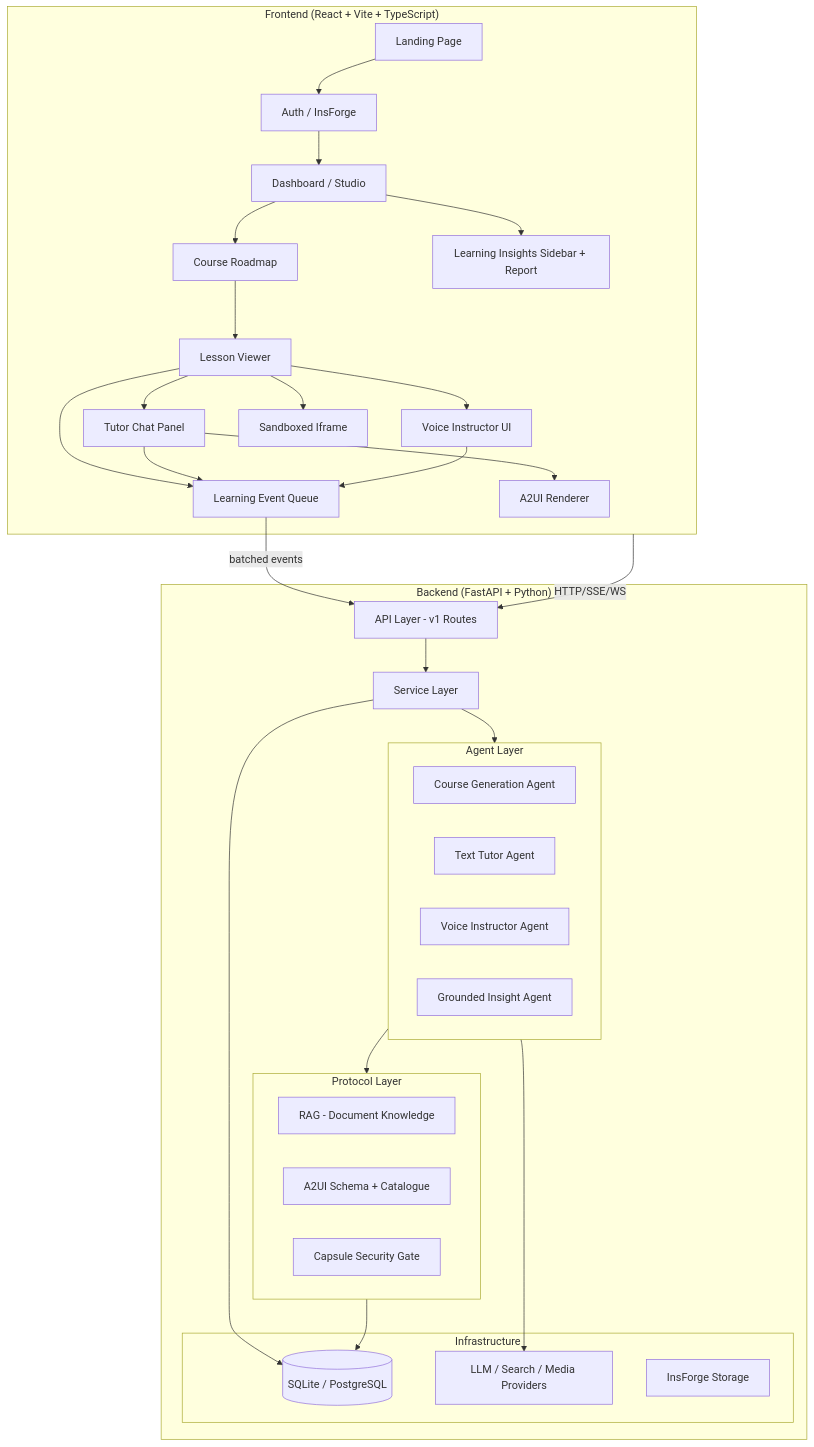
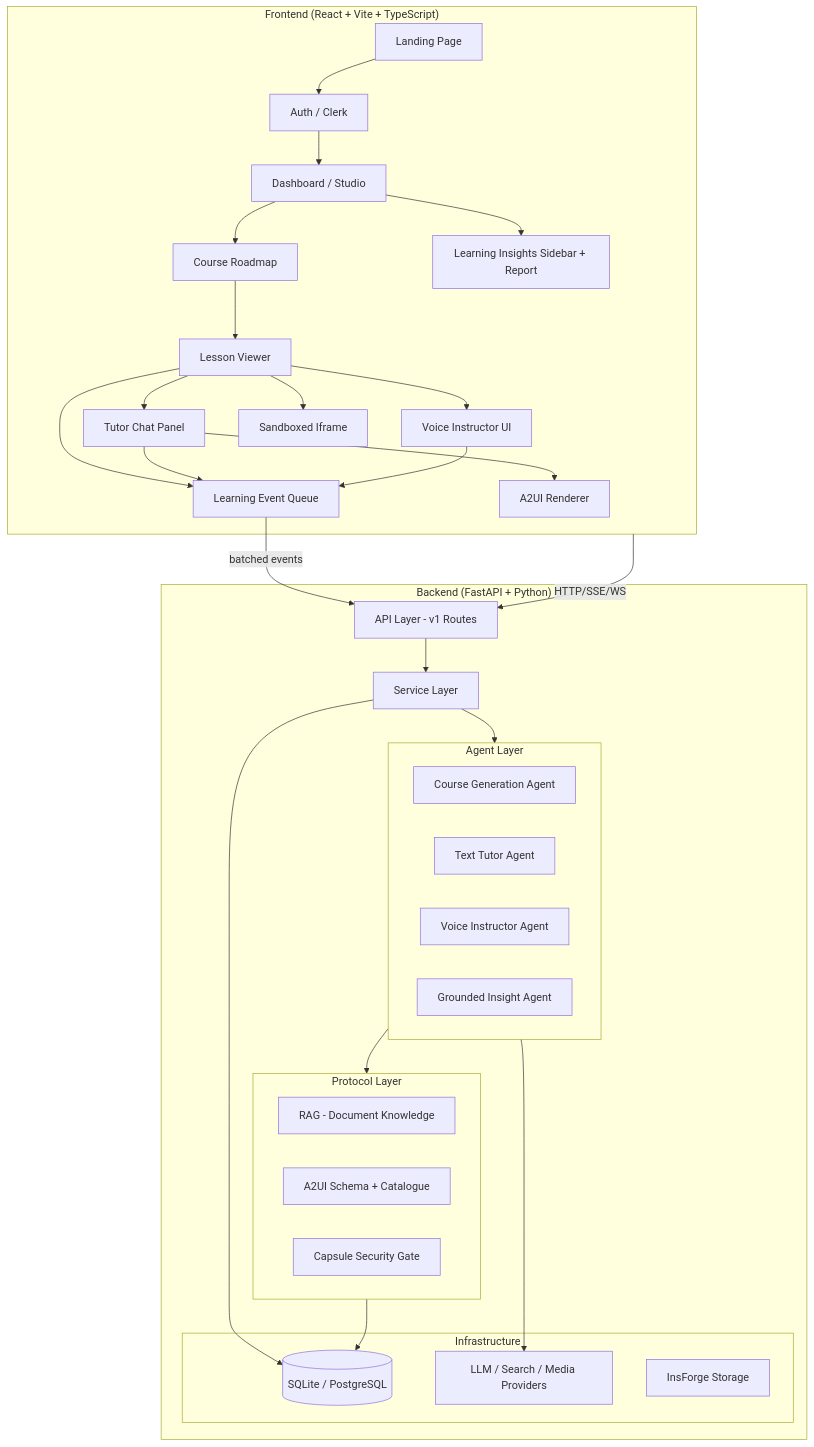
Before and after one commit to ayushozha/hituto: the first of 14 diagrams in README.md, drawn with Mermaid. The commit also changed other lines of this file, not shown here.

````diff
--- a/README.md
+++ b/README.md
@@ -59,62 +59,62 @@
 ```mermaid
 graph TB
     subgraph Frontend ["Frontend (React + Vite + TypeScript)"]
         Landing[Landing Page]
-        Auth[Auth / InsForge]
+        Auth[Auth / Clerk]
         Studio[Dashboard / Studio]
         Roadmap[Course Roadmap]
         Viewer[Lesson Viewer]
         TutorChat[Tutor Chat Panel]
         VoiceUI[Voice Instructor UI]
         InsightsUI[Learning Insights Sidebar + Report]
         EventQueue[Learning Event Queue]
         A2UIR[A2UI Renderer]
         Iframe[Sandboxed Iframe]
     end
 
     subgraph Backend ["Backend (FastAPI + Python)"]
         API[API Layer - v1 Routes]
         Services[Service Layer]
         
         subgraph Agents ["Agent Layer"]
             CourseGen[Course Generation Agent]
             Tutor[Text Tutor Agent]
             Voice[Voice Instructor Agent]
             InsightAgent[Grounded Insight Agent]
         end
         
         subgraph Protocols ["Protocol Layer"]
             RAG[RAG - Document Knowledge]
             A2UI[A2UI Schema + Catalogue]
             Capsule[Capsule Security Gate]
         end
         
         subgraph Infrastructure ["Infrastructure"]
             DB[(SQLite / PostgreSQL)]
             Providers[LLM / Search / Media Providers]
             Storage[InsForge Storage]
         end
     end
 
     Landing --> Auth
     Auth --> Studio
     Studio --> InsightsUI
     Studio --> Roadmap
     Roadmap --> Viewer
     Viewer --> Iframe
     Viewer --> TutorChat
     Viewer --> VoiceUI
     Viewer --> EventQueue
     TutorChat --> EventQueue
     VoiceUI --> EventQueue
     TutorChat --> A2UIR
 
     Frontend -->|HTTP/SSE/WS| API
     API --> Services
     EventQueue -->|batched events| API
     Services --> Agents
     Agents --> Protocols
     Agents --> Providers
     Protocols --> DB
     Services --> DB
 ```
````
